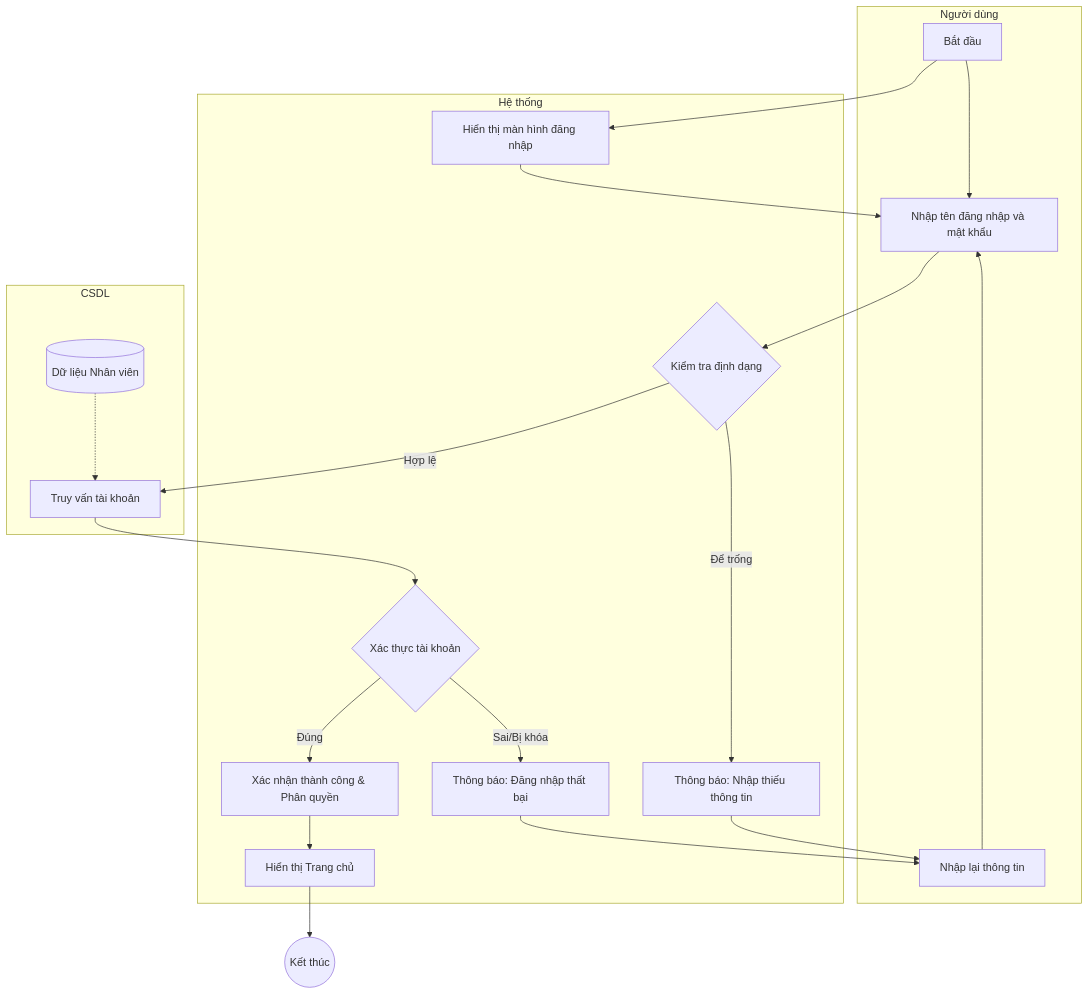
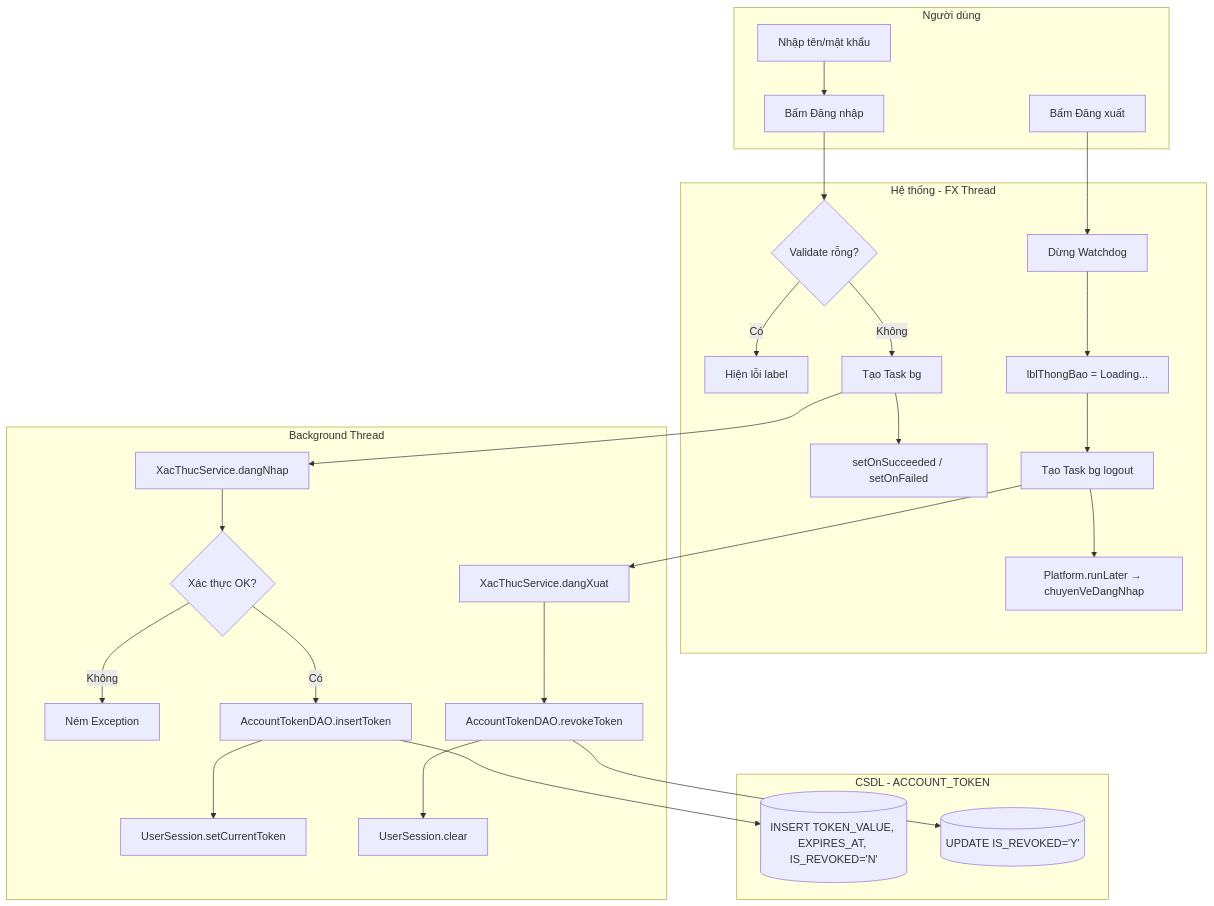
Before and after one commit to lancelotviendangkhoa710/IS-System-Development: the diagram in .agents/3_business/use_cases/UC01_DangNhap.md, drawn with Mermaid. The commit also changed other lines of this file and 31 other files, not shown here.

````diff
--- a/.agents/3_business/use_cases/UC01_DangNhap.md
+++ b/.agents/3_business/use_cases/UC01_DangNhap.md
@@ -16,39 +56,34 @@
 ```mermaid
-graph TD
-    %% Define Swimlanes
+flowchart TD
     subgraph "Người dùng"
-        A[Bắt đầu] --> B[Nhập tên đăng nhập và mật khẩu]
-        J[Nhập lại thông tin]
+        A[Nhập tên/mật khẩu] --> B[Bấm Đăng nhập]
+        Z[Bấm Đăng xuất]
     end
 
-    subgraph "Hệ thống"
-        C[Hiển thị màn hình đăng nhập]
-        D{Kiểm tra định dạng}
-        G{Xác thực tài khoản}
-        H[Thông báo: Nhập thiếu thông tin]
-        K[Thông báo: Đăng nhập thất bại]
-        L[Xác nhận thành công & Phân quyền]
-        M[Hiển thị Trang chủ]
+    subgraph "Hệ thống - FX Thread"
+        B --> C{Validate rỗng?}
+        C -->|Có| E[Hiện lỗi label]
+        C -->|Không| D[Tạo Task bg]
+        D --> F[setOnSucceeded / setOnFailed]
+        Z --> Z1[Dừng Watchdog]
+        Z1 --> Z2[lblThongBao = Loading...]
+        Z2 --> Z3[Tạo Task bg logout]
+        Z3 --> Z4[Platform.runLater → chuyenVeDangNhap]
     end
 
-    subgraph "CSDL"
-        F[(Dữ liệu Nhân viên)]
-        E[Truy vấn tài khoản]
+    subgraph "Background Thread"
+        D --> G[XacThucService.dangNhap]
+        G --> G2{Xác thực OK?}
+        G2 -->|Không| H[Ném Exception]
+        G2 -->|Có| I[AccountTokenDAO.insertToken]
+        I --> J[UserSession.setCurrentToken]
+        Z3 --> L[XacThucService.dangXuat]
+        L --> M[AccountTokenDAO.revokeToken]
+        M --> N[UserSession.clear]
     end
 
-    %% Flow connections
-    A --> C
-    C --> B
-    B --> D
-    D -- "Để trống" --> H
-    H --> J
-    J --> B
-    D -- "Hợp lệ" --> E
-    F -.-> E
-    E --> G
-    G -- "Sai/Bị khóa" --> K
-    K --> J
-    G -- "Đúng" --> L
-    L --> M
-    M --> N((Kết thúc))
+    subgraph "CSDL - ACCOUNT_TOKEN"
+        I --> DB1[(INSERT TOKEN_VALUE, EXPIRES_AT, IS_REVOKED='N')]
+        M --> DB2[(UPDATE IS_REVOKED='Y')]
+    end
 ```
````
